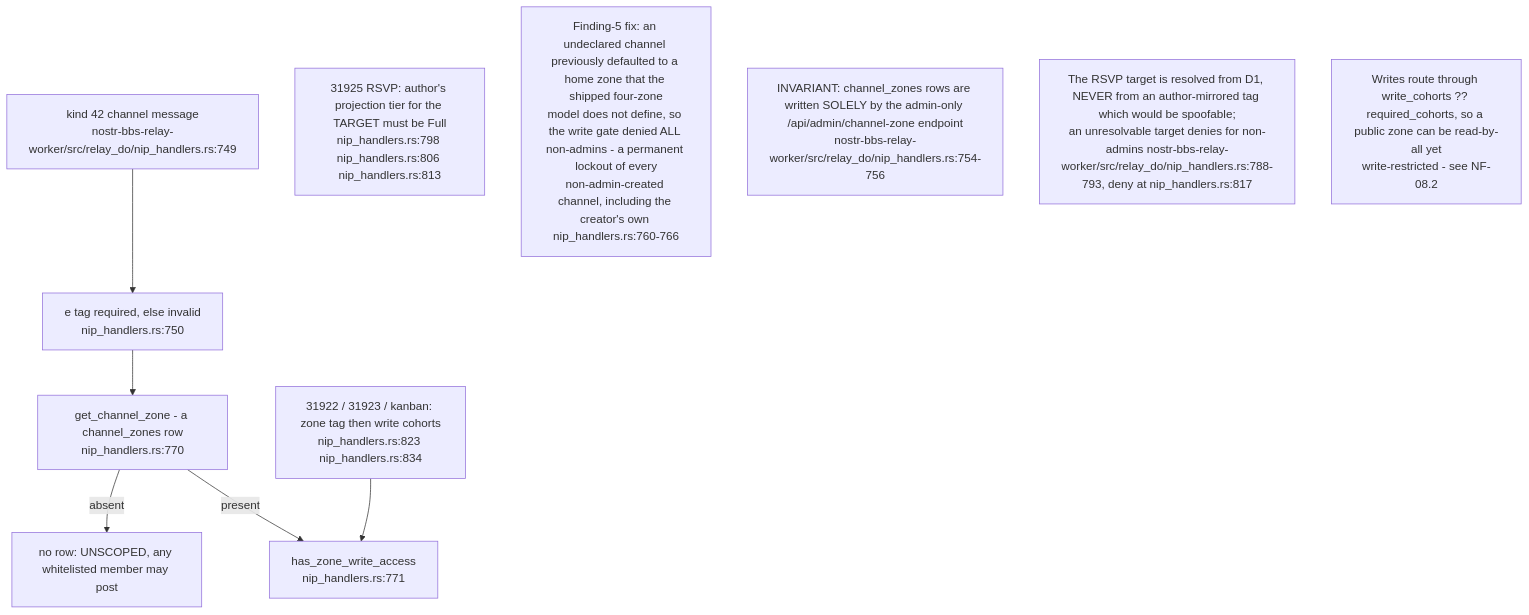
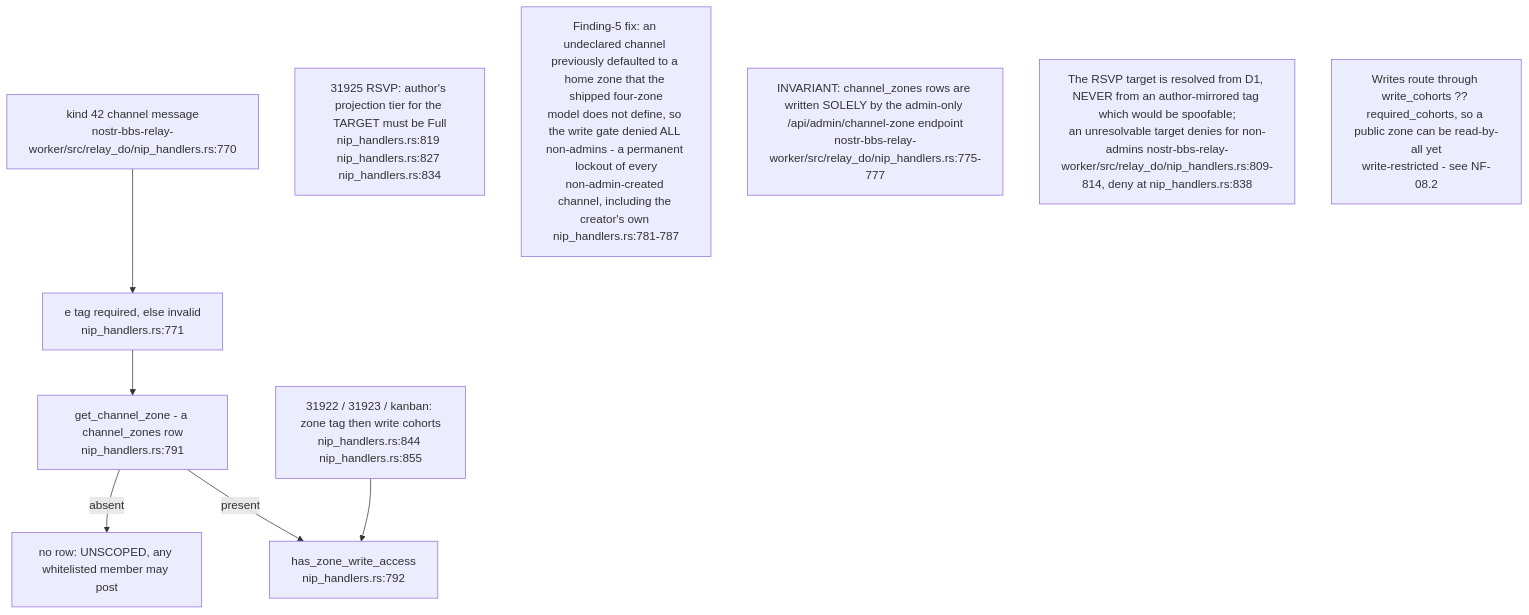
Diagram 12 of 13 in docs/diagrams/nostr-rust-forum/03-relay-worker-admission-auth-and-trust.md (DreamLab-AI/VisionFlow), drawn with Mermaid before and after one commit. The commit also changed other lines of this file and 51 other files, not shown here.

First line of the commit message:
docs(diagrams): agentbox AB-01..13 re-attested anchor by anchor (980 anchors, 22 defects); checkpoint against an out-of-mesh writer

````diff
--- a/docs/diagrams/nostr-rust-forum/03-relay-worker-admission-auth-and-trust.md
+++ b/docs/diagrams/nostr-rust-forum/03-relay-worker-admission-auth-and-trust.md
@@ -313,20 +313,20 @@
 ```mermaid
 flowchart TB
-    K42["kind 42 channel message<br/>nostr-bbs-relay-worker/src/relay_do/nip_handlers.rs:749"]
-    ETAG["e tag required, else invalid<br/>nip_handlers.rs:750"]
-    CZ["get_channel_zone - a channel_zones row<br/>nip_handlers.rs:770"]
+    K42["kind 42 channel message<br/>nostr-bbs-relay-worker/src/relay_do/nip_handlers.rs:770"]
+    ETAG["e tag required, else invalid<br/>nip_handlers.rs:771"]
+    CZ["get_channel_zone - a channel_zones row<br/>nip_handlers.rs:791"]
     UNSCOPED["no row: UNSCOPED, any whitelisted member may post"]
-    WGATE["has_zone_write_access<br/>nip_handlers.rs:771"]
-    CAL["31922 / 31923 / kanban: zone tag then write cohorts<br/>nip_handlers.rs:823 nip_handlers.rs:834"]
-    RSVP["31925 RSVP: author's projection tier for the TARGET must be Full<br/>nip_handlers.rs:798 nip_handlers.rs:806 nip_handlers.rs:813"]
+    WGATE["has_zone_write_access<br/>nip_handlers.rs:792"]
+    CAL["31922 / 31923 / kanban: zone tag then write cohorts<br/>nip_handlers.rs:844 nip_handlers.rs:855"]
+    RSVP["31925 RSVP: author's projection tier for the TARGET must be Full<br/>nip_handlers.rs:819 nip_handlers.rs:827 nip_handlers.rs:834"]
 
     K42 --> ETAG --> CZ
     CZ -->|"absent"| UNSCOPED
     CZ -->|"present"| WGATE
     CAL --> WGATE
 
-    N1["Finding-5 fix: an undeclared channel previously defaulted to a home zone that the shipped four-zone<br/>model does not define, so the write gate denied ALL non-admins - a permanent lockout of every<br/>non-admin-created channel, including the creator's own nip_handlers.rs:760-766"]
-    N2["INVARIANT: channel_zones rows are written SOLELY by the admin-only /api/admin/channel-zone endpoint<br/>nostr-bbs-relay-worker/src/relay_do/nip_handlers.rs:754-756"]
-    N3["The RSVP target is resolved from D1, NEVER from an author-mirrored tag which would be spoofable;<br/>an unresolvable target denies for non-admins nostr-bbs-relay-worker/src/relay_do/nip_handlers.rs:788-793, deny at nip_handlers.rs:817"]
+    N1["Finding-5 fix: an undeclared channel previously defaulted to a home zone that the shipped four-zone<br/>model does not define, so the write gate denied ALL non-admins - a permanent lockout of every<br/>non-admin-created channel, including the creator's own nip_handlers.rs:781-787"]
+    N2["INVARIANT: channel_zones rows are written SOLELY by the admin-only /api/admin/channel-zone endpoint<br/>nostr-bbs-relay-worker/src/relay_do/nip_handlers.rs:775-777"]
+    N3["The RSVP target is resolved from D1, NEVER from an author-mirrored tag which would be spoofable;<br/>an unresolvable target denies for non-admins nostr-bbs-relay-worker/src/relay_do/nip_handlers.rs:809-814, deny at nip_handlers.rs:838"]
     N4["Writes route through write_cohorts ?? required_cohorts, so a public zone can be read-by-all yet<br/>write-restricted - see NF-08.2"]
 ```
````
